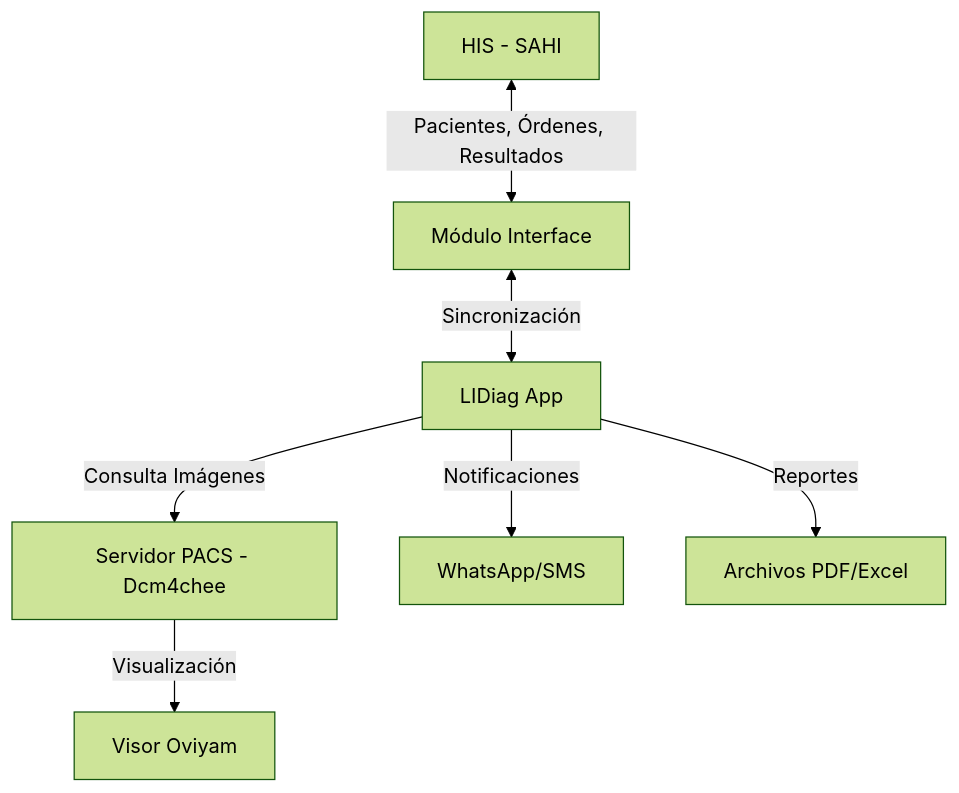
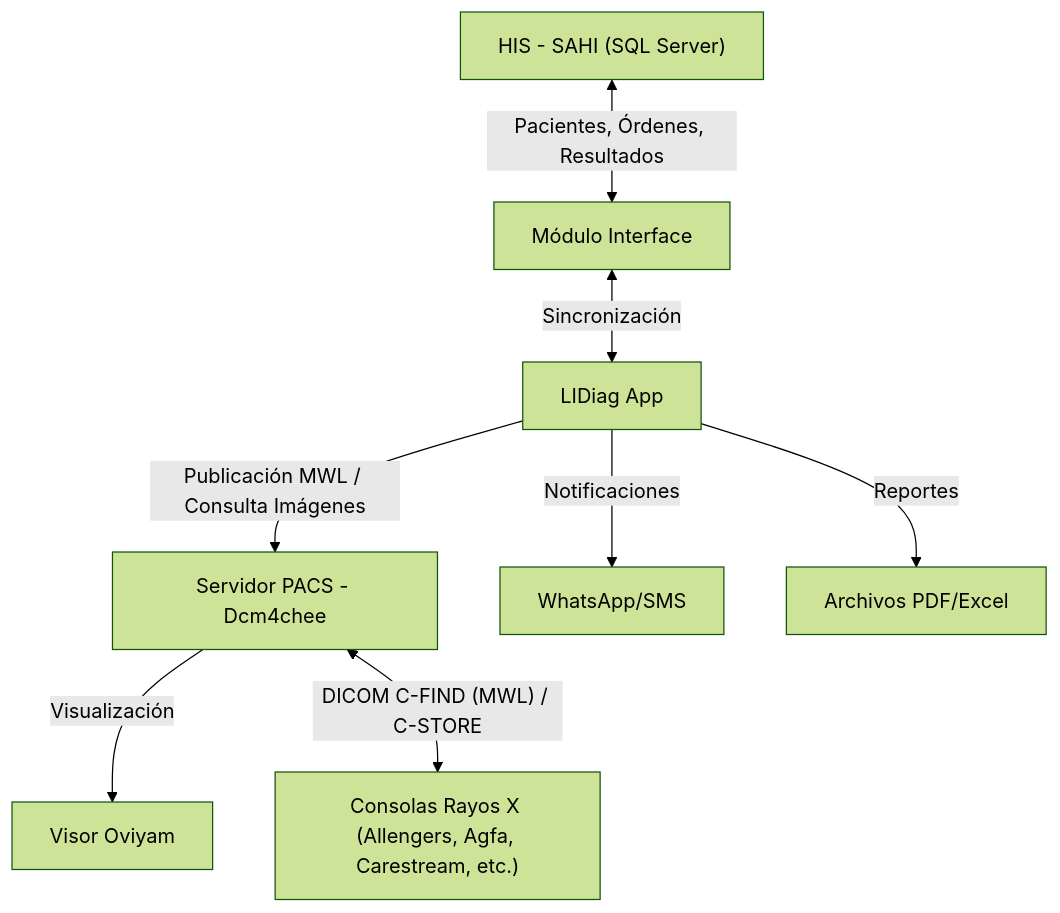
One commit to soportesaludtolimaips/lidiag changed the first of 2 diagrams in README.md. Above: the diagram before and after it, drawn with Mermaid (forest theme). The commit also changed other lines of this file and 23 other files, not shown here.

Commit message:
feat(worklist): modulo de admision y modality worklist (MWL DICOM) multisede dinamico

````diff
--- a/README.md
+++ b/README.md
@@ -62,9 +63,10 @@
 ```mermaid
 graph TD
-    HIS[HIS - SAHI] <-->|Pacientes, Órdenes, Resultados| Interface[Módulo Interface]
-    Interface <-->|Sincronización| LIDiag[LIDiag App]
-    LIDiag -->|Consulta Imágenes| PACS[Servidor PACS - Dcm4chee]
-    PACS -->|Visualización| Oviyam[Visor Oviyam]
-    LIDiag -->|Notificaciones| Twilio[WhatsApp/SMS]
-    LIDiag -->|Reportes| PDF_Excel[Archivos PDF/Excel]
+    HIS["HIS - SAHI (SQL Server)"] <-->|"Pacientes, Órdenes, Resultados"| Interface["Módulo Interface"]
+    Interface <-->|"Sincronización"| LIDiag["LIDiag App"]
+    LIDiag -->|"Publicación MWL / Consulta Imágenes"| PACS["Servidor PACS - Dcm4chee"]
+    PACS -->|"Visualización"| Oviyam["Visor Oviyam"]
+    PACS <-->|"DICOM C-FIND (MWL) / C-STORE"| Consolas["Consolas Rayos X (Allengers, Agfa, Carestream, etc.)"]
+    LIDiag -->|"Notificaciones"| Twilio["WhatsApp/SMS"]
+    LIDiag -->|"Reportes"| PDF_Excel["Archivos PDF/Excel"]
 ```
````
